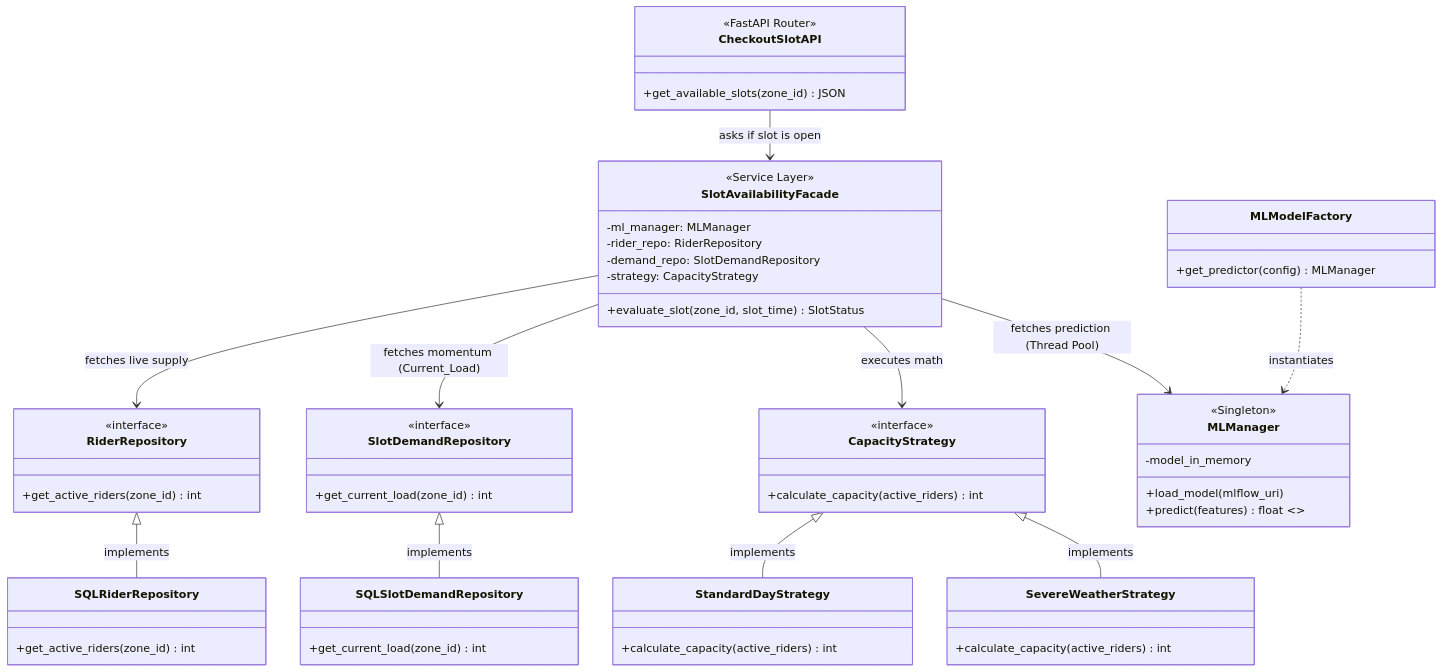
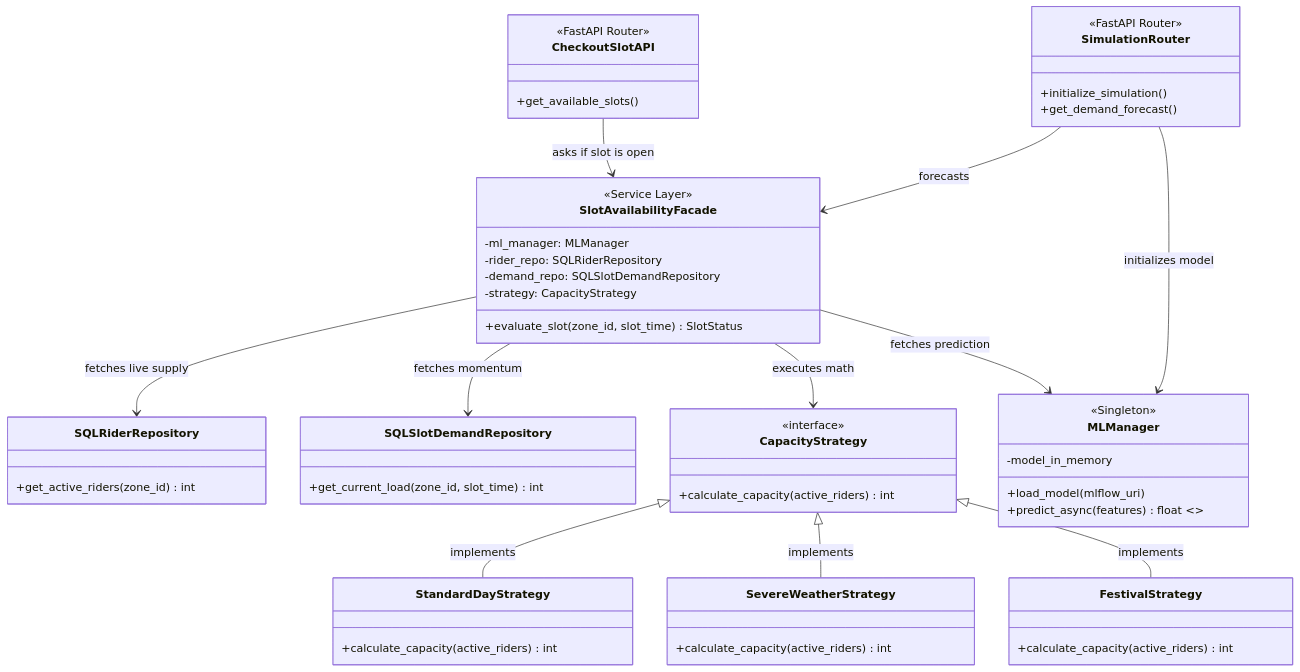
One commit to SohamBEGINS/Slot-guard changed the diagram in README.md. Above: the diagram before and after it, drawn with Mermaid. The commit also changed other lines of this file and 9 other files, not shown here.

````diff
--- a/README.md
+++ b/README.md
@@ -45,71 +26,67 @@
 ```mermaid
 classDiagram
     %% API Layer
+    class SimulationRouter {
+        <<FastAPI Router>>
+        +initialize_simulation()
+        +get_demand_forecast()
+    }
     class CheckoutSlotAPI {
         <<FastAPI Router>>
-        +get_available_slots(zone_id) JSON
+        +get_available_slots()
     }
 
     %% Facade Pattern (Orchestrator)
     class SlotAvailabilityFacade {
         <<Service Layer>>
         -ml_manager: MLManager
-        -rider_repo: RiderRepository
-        -demand_repo: SlotDemandRepository
+        -rider_repo: SQLRiderRepository
+        -demand_repo: SQLSlotDemandRepository
         -strategy: CapacityStrategy
         +evaluate_slot(zone_id, slot_time) SlotStatus
     }
 
     %% Repository Pattern (Data Access)
-    class RiderRepository {
-        <<interface>>
-        +get_active_riders(zone_id) int
-    }
     class SQLRiderRepository {
         +get_active_riders(zone_id) int
     }
-    class SlotDemandRepository {
-        <<interface>>
-        +get_current_load(zone_id) int
-    }
     class SQLSlotDemandRepository {
-        +get_current_load(zone_id) int
+        +get_current_load(zone_id, slot_time) int
     }
 
     %% Strategy Pattern (Business Logic)
     class CapacityStrategy {
         <<interface>>
         +calculate_capacity(active_riders) int
     }
     class StandardDayStrategy {
         +calculate_capacity(active_riders) int
     }
     class SevereWeatherStrategy {
         +calculate_capacity(active_riders) int
     }
+    class FestivalStrategy {
+        +calculate_capacity(active_riders) int
+    }
 
-    %% Factory & Singleton Pattern (MLOps Integration)
-    class MLModelFactory {
-        +get_predictor(config) MLManager
-    }
+    %% ML Singleton Pattern
     class MLManager {
         <<Singleton>>
         -model_in_memory
         +load_model(mlflow_uri)
-        +predict(features) float <<Offloaded to Thread Pool (GIL Safe)>>
+        +predict_async(features) float <<Offloaded Thread>>
     }
 
     %% Relationships
+    SimulationRouter --> SlotAvailabilityFacade : forecasts
+    SimulationRouter --> MLManager : initializes model
     CheckoutSlotAPI --> SlotAvailabilityFacade : asks if slot is open
-    SlotAvailabilityFacade --> RiderRepository : fetches live supply
-    SlotAvailabilityFacade --> SlotDemandRepository : fetches momentum (Current_Load)
+    SlotAvailabilityFacade --> SQLRiderRepository : fetches live supply
+    SlotAvailabilityFacade --> SQLSlotDemandRepository : fetches momentum
     SlotAvailabilityFacade --> CapacityStrategy : executes math
-    SlotAvailabilityFacade --> MLManager : fetches prediction (Thread Pool)
+    SlotAvailabilityFacade --> MLManager : fetches prediction
     
-    RiderRepository <|-- SQLRiderRepository : implements
-    SlotDemandRepository <|-- SQLSlotDemandRepository : implements
     CapacityStrategy <|-- StandardDayStrategy : implements
     CapacityStrategy <|-- SevereWeatherStrategy : implements
-    
-    MLModelFactory ..> MLManager : instantiates
+    CapacityStrategy <|-- FestivalStrategy : implements
 ```
````
